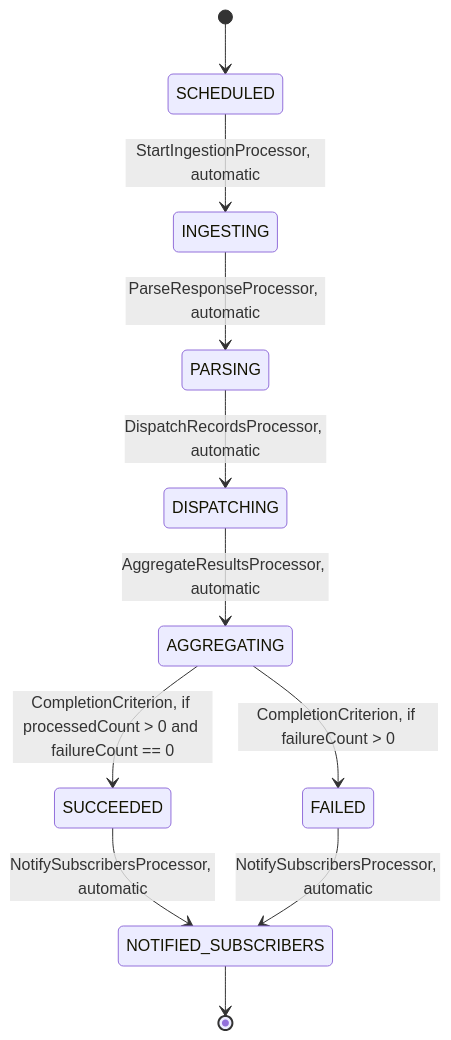
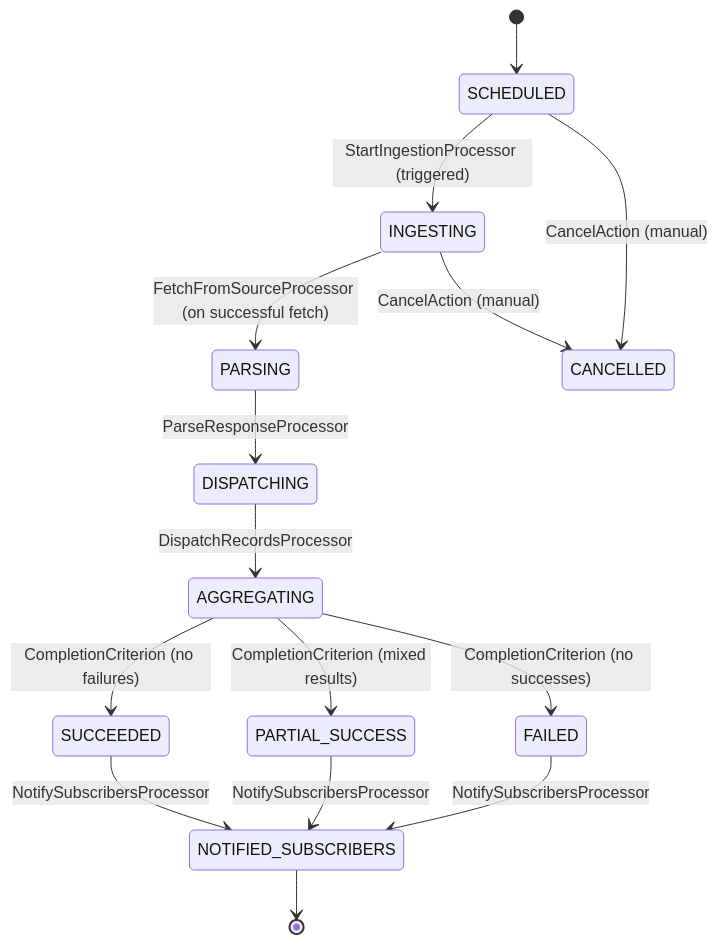
Before and after one commit to Cyoda-platform/java-client-template: the first of 3 diagrams in src/main/java/com/java_template/prototype/functional_requirement.md, drawn with Mermaid. The commit also changed other lines of this file, not shown here.

````diff
--- a/src/main/java/com/java_template/prototype/functional_requirement.md
+++ b/src/main/java/com/java_template/prototype/functional_requirement.md
@@ -79,13 +134,17 @@
 ```mermaid
 stateDiagram-v2
     [*] --> SCHEDULED
-    SCHEDULED --> INGESTING : StartIngestionProcessor, automatic
-    INGESTING --> PARSING : ParseResponseProcessor, automatic
-    PARSING --> DISPATCHING : DispatchRecordsProcessor, automatic
-    DISPATCHING --> AGGREGATING : AggregateResultsProcessor, automatic
-    AGGREGATING --> SUCCEEDED : CompletionCriterion, if processedCount > 0 and failureCount == 0
-    AGGREGATING --> FAILED : CompletionCriterion, if failureCount > 0
-    SUCCEEDED --> NOTIFIED_SUBSCRIBERS : NotifySubscribersProcessor, automatic
-    FAILED --> NOTIFIED_SUBSCRIBERS : NotifySubscribersProcessor, automatic
+    SCHEDULED --> INGESTING : StartIngestionProcessor (triggered)
+    INGESTING --> PARSING : FetchFromSourceProcessor (on successful fetch)
+    PARSING --> DISPATCHING : ParseResponseProcessor
+    DISPATCHING --> AGGREGATING : DispatchRecordsProcessor
+    AGGREGATING --> SUCCEEDED : CompletionCriterion (no failures)
+    AGGREGATING --> PARTIAL_SUCCESS : CompletionCriterion (mixed results)
+    AGGREGATING --> FAILED : CompletionCriterion (no successes)
+    SUCCEEDED --> NOTIFIED_SUBSCRIBERS : NotifySubscribersProcessor
+    PARTIAL_SUCCESS --> NOTIFIED_SUBSCRIBERS : NotifySubscribersProcessor
+    FAILED --> NOTIFIED_SUBSCRIBERS : NotifySubscribersProcessor
     NOTIFIED_SUBSCRIBERS --> [*]
+    SCHEDULED --> CANCELLED : CancelAction (manual)
+    INGESTING --> CANCELLED : CancelAction (manual)
 ```
````
